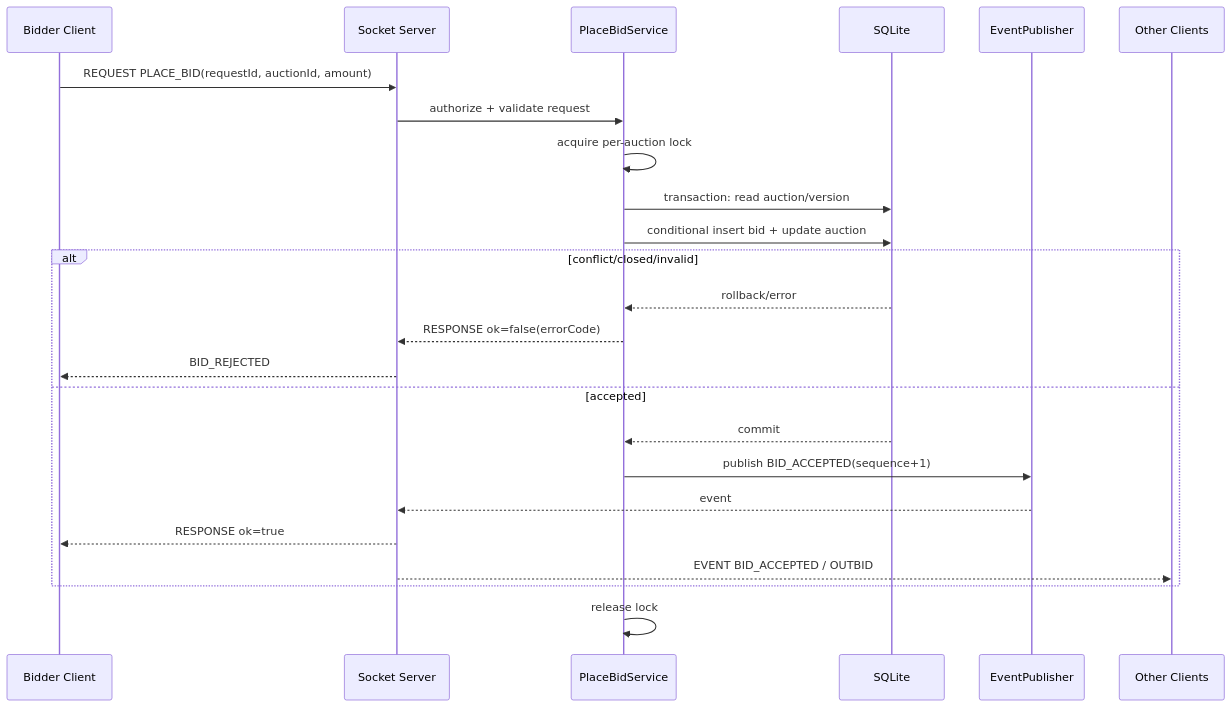
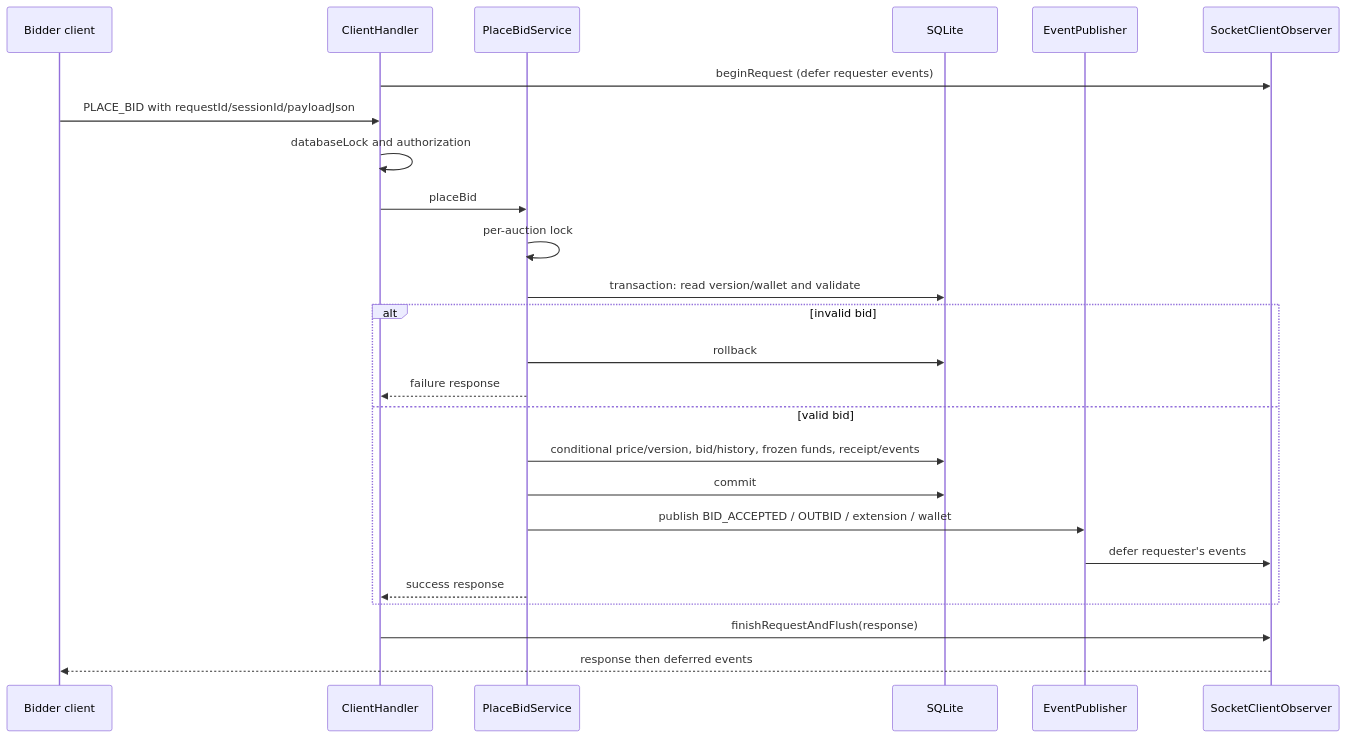
One commit to vietquanntt-collab/BTL-LTNC-Nhom10 changed the diagram in docs/architecture/sequence-place-bid.mmd. Above: the diagram before and after it, drawn with Mermaid. The commit also changed 21 other files, not shown here.

```diff
--- a/docs/architecture/sequence-place-bid.mmd
+++ b/docs/architecture/sequence-place-bid.mmd
@@ -1,25 +1,25 @@
 sequenceDiagram
-    participant C1 as Bidder Client
-    participant S as Socket Server
+    participant C as Bidder client
+    participant H as ClientHandler
     participant P as PlaceBidService
     participant DB as SQLite
     participant E as EventPublisher
-    participant C2 as Other Clients
-
-    C1->>S: REQUEST PLACE_BID(requestId, auctionId, amount)
-    S->>P: authorize + validate request
-    P->>P: acquire per-auction lock
-    P->>DB: transaction: read auction/version
-    P->>DB: conditional insert bid + update auction
-    alt conflict/closed/invalid
-        DB-->>P: rollback/error
-        P-->>S: RESPONSE ok=false(errorCode)
-        S-->>C1: BID_REJECTED
-    else accepted
-        DB-->>P: commit
-        P->>E: publish BID_ACCEPTED(sequence+1)
-        E-->>S: event
-        S-->>C1: RESPONSE ok=true
-        S-->>C2: EVENT BID_ACCEPTED / OUTBID
+    participant O as SocketClientObserver
+    H->>O: beginRequest (defer requester events)
+    C->>H: PLACE_BID with requestId/sessionId/payloadJson
+    H->>H: databaseLock and authorization
+    H->>P: placeBid
+    P->>P: per-auction lock
+    P->>DB: transaction: read version/wallet and validate
+    alt invalid bid
+        P->>DB: rollback
+        P-->>H: failure response
+    else valid bid
+        P->>DB: conditional price/version, bid/history, frozen funds, receipt/events
+        P->>DB: commit
+        P->>E: publish BID_ACCEPTED / OUTBID / extension / wallet
+        E->>O: defer requester's events
+        P-->>H: success response
     end
-    P->>P: release lock
+    H->>O: finishRequestAndFlush(response)
+    O-->>C: response then deferred events
```
